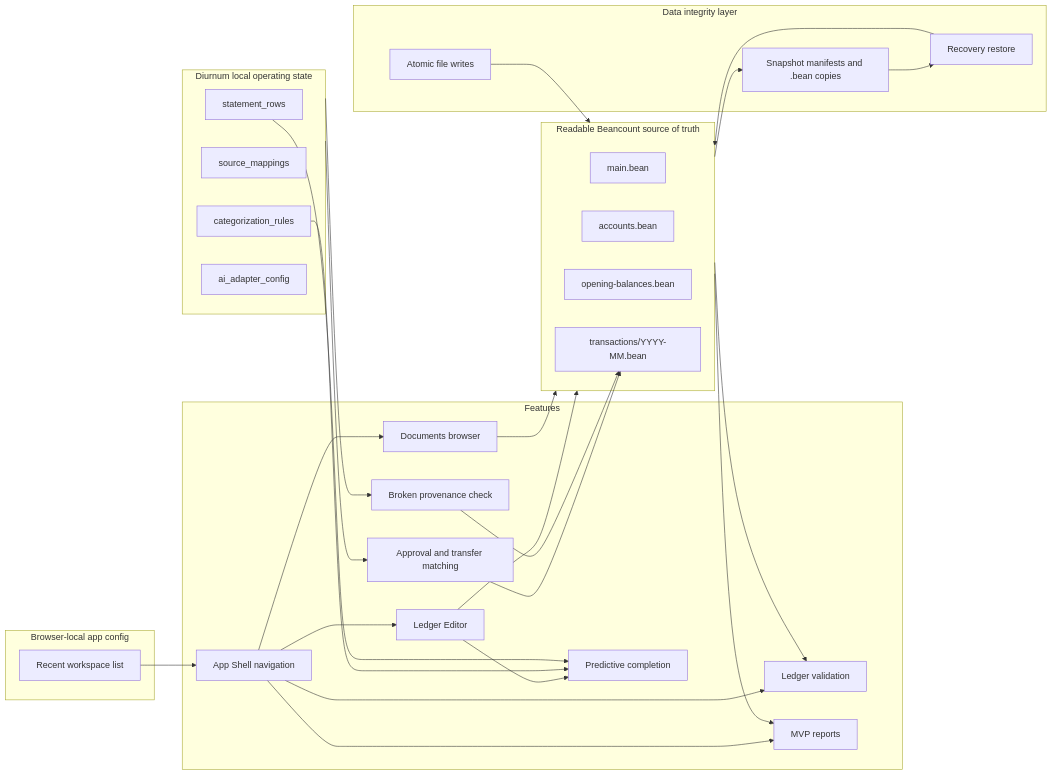
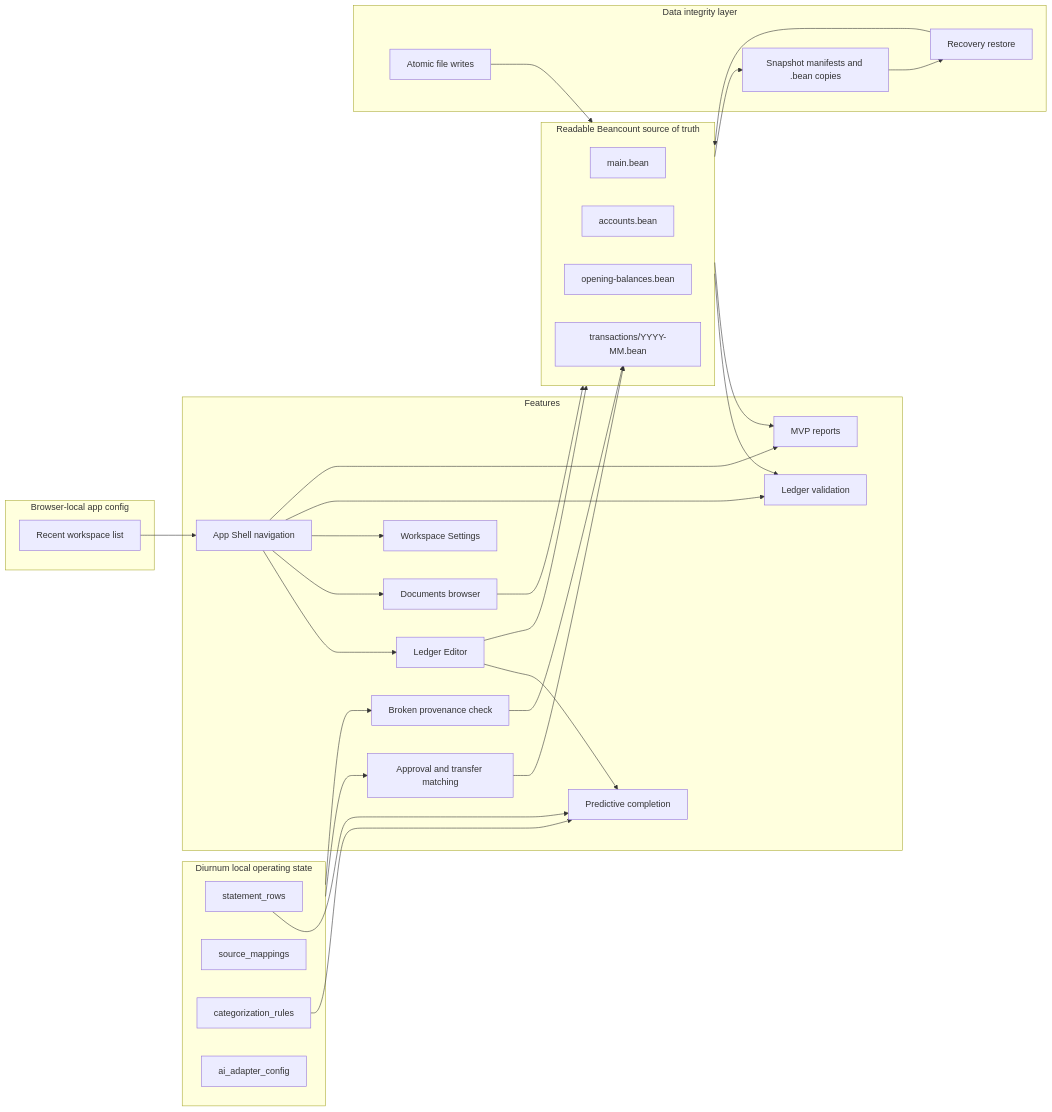
One commit to Diurnum-Dev/Diurnum changed the third of 4 diagrams in docs/architecture.md. Above: the diagram before and after it, drawn with Mermaid. The commit also changed other lines of this file and 16 other files, not shown here.

First line of the commit message:
feat(settings): build V1 workspace settings

````diff
--- a/docs/architecture.md
+++ b/docs/architecture.md
@@ -108,58 +111,60 @@
 ```mermaid
 flowchart LR
   subgraph LedgerFiles[Readable Beancount source of truth]
     Main[main.bean]
     Accounts[accounts.bean]
     Opening[opening-balances.bean]
     Monthly[transactions/YYYY-MM.bean]
   end
 
   subgraph SQLite[Diurnum local operating state]
     Rows[statement_rows]
     Mappings[source_mappings]
     Rules[categorization_rules]
     Adapter[ai_adapter_config]
   end
 
   subgraph AppConfig[Browser-local app config]
     Recents[Recent workspace list]
   end
 
   subgraph Features[Features]
     Shell[App Shell navigation]
     Editor[Ledger Editor]
     Completion[Predictive completion]
     Documents[Documents browser]
+    Settings[Workspace Settings]
     Validation[Ledger validation]
     Approval[Approval and transfer matching]
     Provenance[Broken provenance check]
     Reports[MVP reports]
   end
 
   subgraph Integrity[Data integrity layer]
     Atomic[Atomic file writes]
     Snapshots[Snapshot manifests and .bean copies]
     Recovery[Recovery restore]
   end
 
   LedgerFiles --> Validation
   LedgerFiles --> Reports
   SQLite --> Approval
   SQLite --> Provenance
   Recents --> Shell
   Shell --> Editor
   Shell --> Documents
+  Shell --> Settings
   Editor --> Completion
   Editor --> LedgerFiles
   Rules --> Completion
   Rows --> Completion
   Documents --> LedgerFiles
   Shell --> Validation
   Shell --> Reports
   Atomic --> LedgerFiles
   LedgerFiles --> Snapshots
   Snapshots --> Recovery
   Recovery --> LedgerFiles
   Approval --> Monthly
   Provenance --> Monthly
 ```
````
